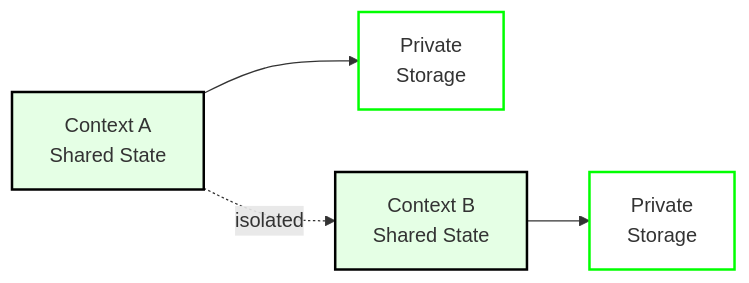
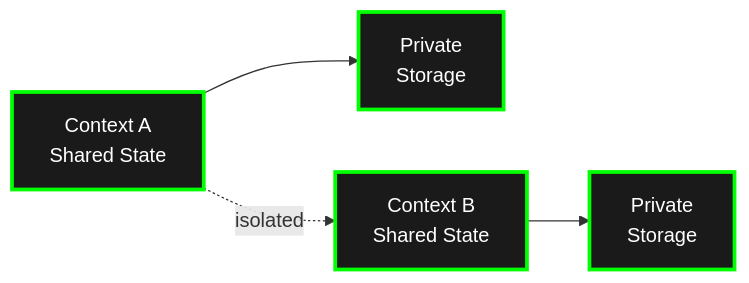
One commit to calimero-network/docs changed the second of 2 diagrams in docs/core-concepts/contexts.md. Above: the diagram before and after it, drawn with Mermaid. The commit also changed 5 other files, not shown here.

First line of the commit message:
fix: Update all remaining graphs to dark backgrounds with green borders

````diff
--- a/docs/core-concepts/contexts.md
+++ b/docs/core-concepts/contexts.md
@@ -99,11 +99,11 @@
 ```mermaid
 flowchart LR
     CTX1[Context A<br/>Shared State] --> PRIVATE1[Private<br/>Storage]
     CTX2[Context B<br/>Shared State] --> PRIVATE2[Private<br/>Storage]
     CTX1 -.->|isolated| CTX2
     
-    style CTX1 fill:#e5ffe5,stroke:#000000,stroke-width:2px
-    style CTX2 fill:#e5ffe5,stroke:#000000,stroke-width:2px
-    style PRIVATE1 fill:#ffffff,stroke:#00ff00,stroke-width:2px
-    style PRIVATE2 fill:#ffffff,stroke:#00ff00,stroke-width:2px
+    style CTX1 fill:#1a1a1a,stroke:#00ff00,stroke-width:3px,color:#ffffff
+    style CTX2 fill:#1a1a1a,stroke:#00ff00,stroke-width:3px,color:#ffffff
+    style PRIVATE1 fill:#1a1a1a,stroke:#00ff00,stroke-width:3px,color:#ffffff
+    style PRIVATE2 fill:#1a1a1a,stroke:#00ff00,stroke-width:3px,color:#ffffff
 ```
````
